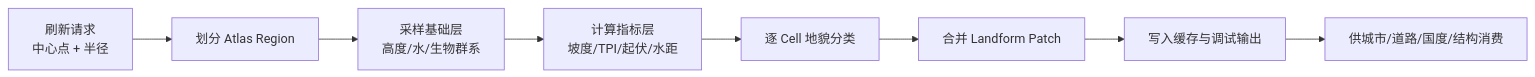
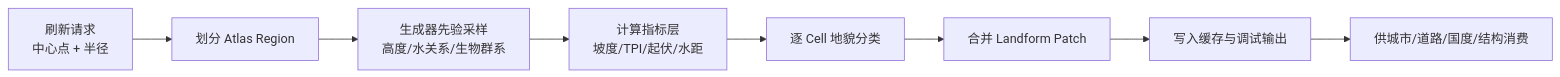
The diagram in docs/systems/gis/10_product/系统概述.md (RinsingEL/designer_territoryMod), drawn with Mermaid before and after one commit. The commit also changed other lines of this file and 18 other files, not shown here.

````diff
--- a/docs/systems/gis/10_product/系统概述.md
+++ b/docs/systems/gis/10_product/系统概述.md
@@ -40,10 +49,10 @@
 ```mermaid
 flowchart LR
   A["刷新请求<br/>中心点 + 半径"] --> B["划分 Atlas Region"]
-  B --> C["采样基础层<br/>高度/水/生物群系"]
+  B --> C["生成器先验采样<br/>高度/水关系/生物群系"]
   C --> D["计算指标层<br/>坡度/TPI/起伏/水距"]
   D --> E["逐 Cell 地貌分类"]
   E --> F["合并 Landform Patch"]
   F --> G["写入缓存与调试输出"]
   G --> H["供城市/道路/国度/结构消费"]
 ```
````
